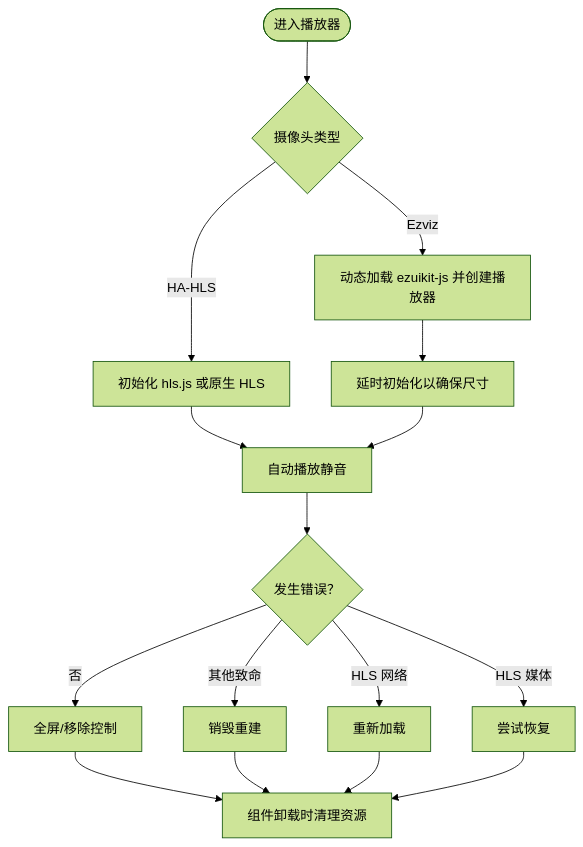
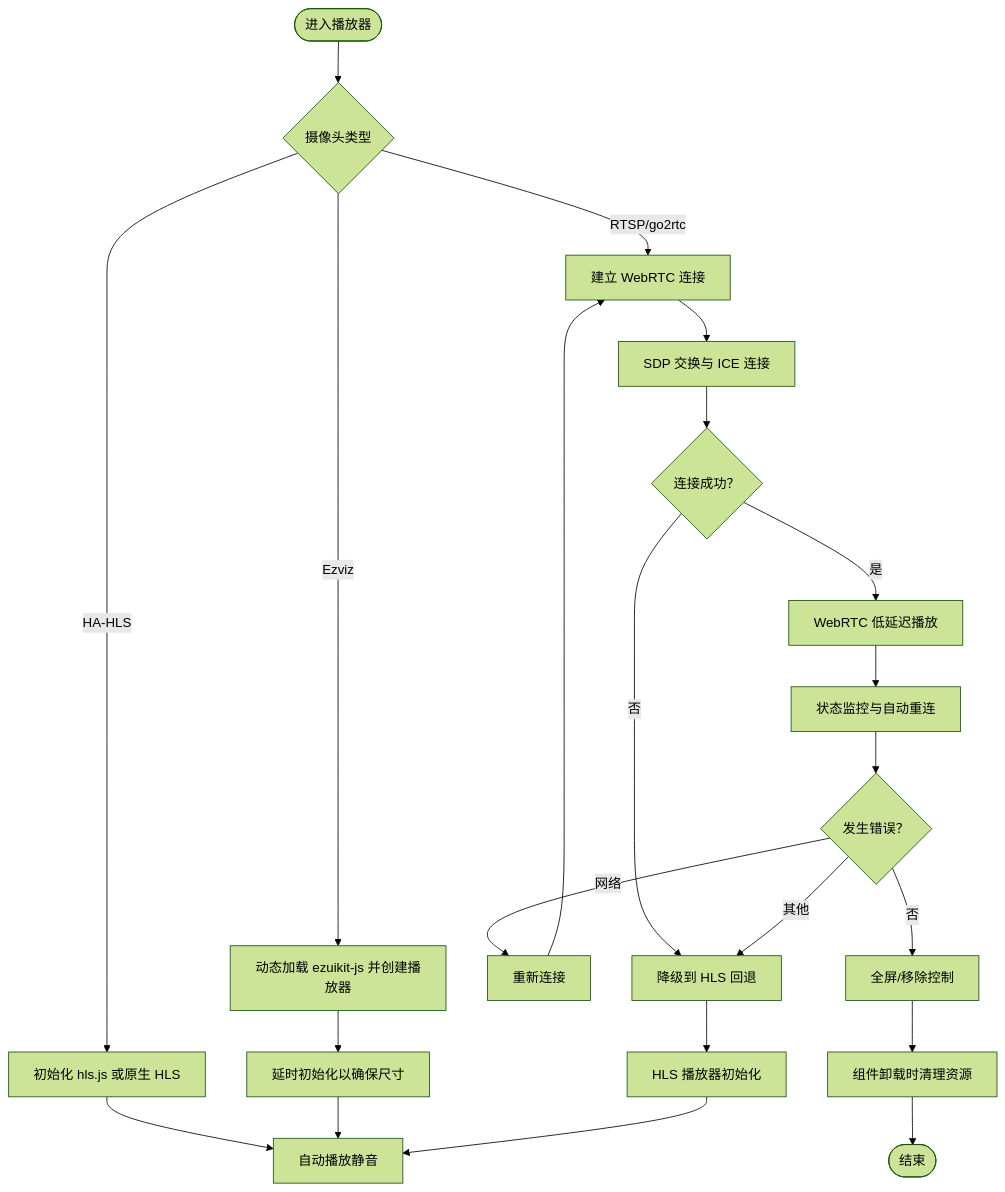
The fourth of 6 diagrams in .qoder/repowiki/zh/content/摄像头监控系统/摄像头监控系统.md (skyeyinkun/HAUI), drawn with Mermaid (forest theme) before and after one commit. The commit also changed other lines of this file and 23 other files, not shown here.

````diff
--- a/.qoder/repowiki/zh/content/摄像头监控系统/摄像头监控系统.md
+++ b/.qoder/repowiki/zh/content/摄像头监控系统/摄像头监控系统.md
@@ -200,18 +235,24 @@
 ```mermaid
 flowchart TD
 Start(["进入播放器"]) --> CheckType{"摄像头类型"}
 CheckType --> |HA-HLS| InitHls["初始化 hls.js 或原生 HLS"]
 CheckType --> |Ezviz| InitEzviz["动态加载 ezuikit-js 并创建播放器"]
+CheckType --> |RTSP/go2rtc| InitWebRTC["建立 WebRTC 连接"]
 InitHls --> Play["自动播放静音"]
 InitEzviz --> Delay["延时初始化以确保尺寸"]
 Delay --> Play
-Play --> Error{"发生错误？"}
-Error --> |HLS 网络| RetryNet["重新加载"]
-Error --> |HLS 媒体| RecoverMedia["尝试恢复"]
-Error --> |其他致命| Destroy["销毁重建"]
+InitWebRTC --> Connect["SDP 交换与 ICE 连接"]
+Connect --> Success{"连接成功？"}
+Success --> |是| PlayWebRTC["WebRTC 低延迟播放"]
+Success --> |否| Fallback["降级到 HLS 回退"]
+PlayWebRTC --> Monitor["状态监控与自动重连"]
+Monitor --> Error{"发生错误？"}
+Error --> |网络| Retry["重新连接"]
+Error --> |其他| Fallback
 Error --> |否| Fullscreen["全屏/移除控制"]
+Fallback --> HLS["HLS 播放器初始化"]
+HLS --> Play
+Retry --> InitWebRTC
 Fullscreen --> Cleanup["组件卸载时清理资源"]
-Destroy --> Cleanup
-RetryNet --> Cleanup
-RecoverMedia --> Cleanup
+Cleanup --> End(["结束"])
 ```
````
